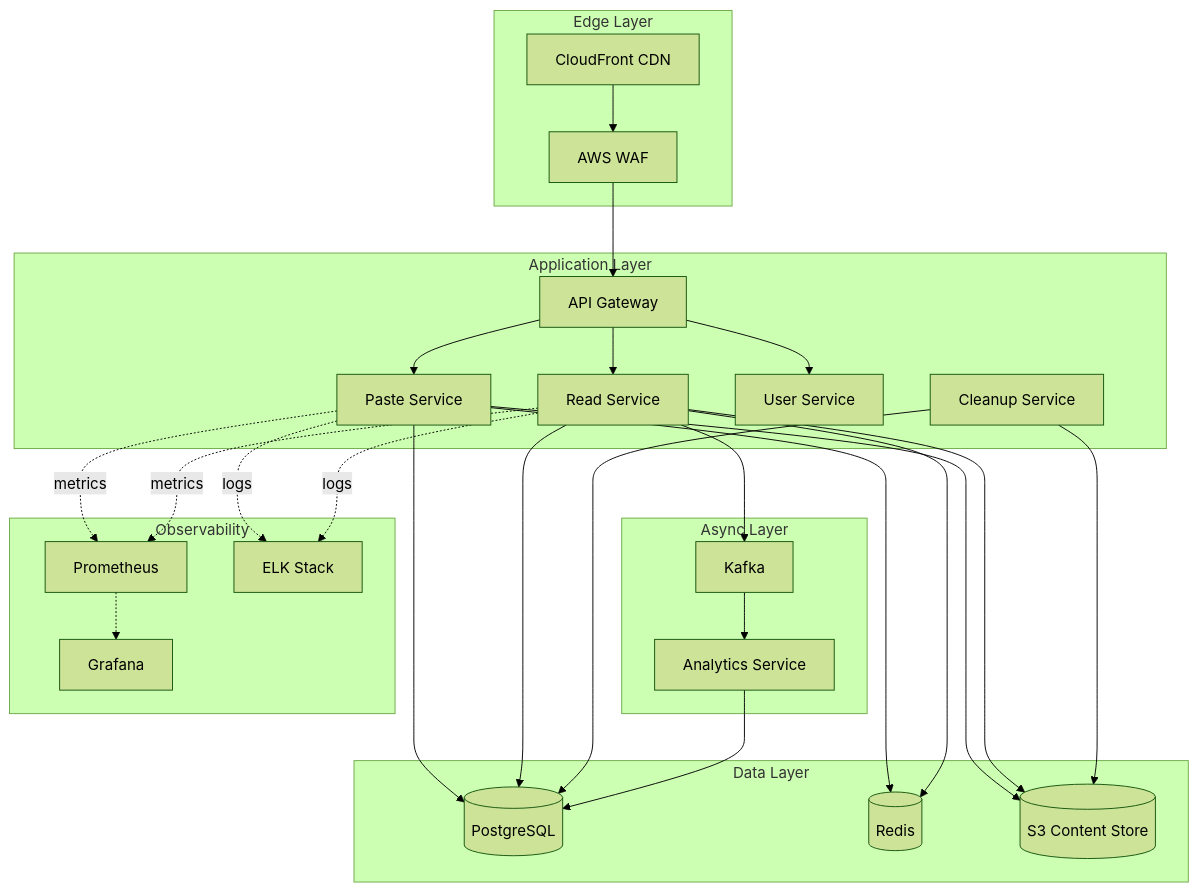
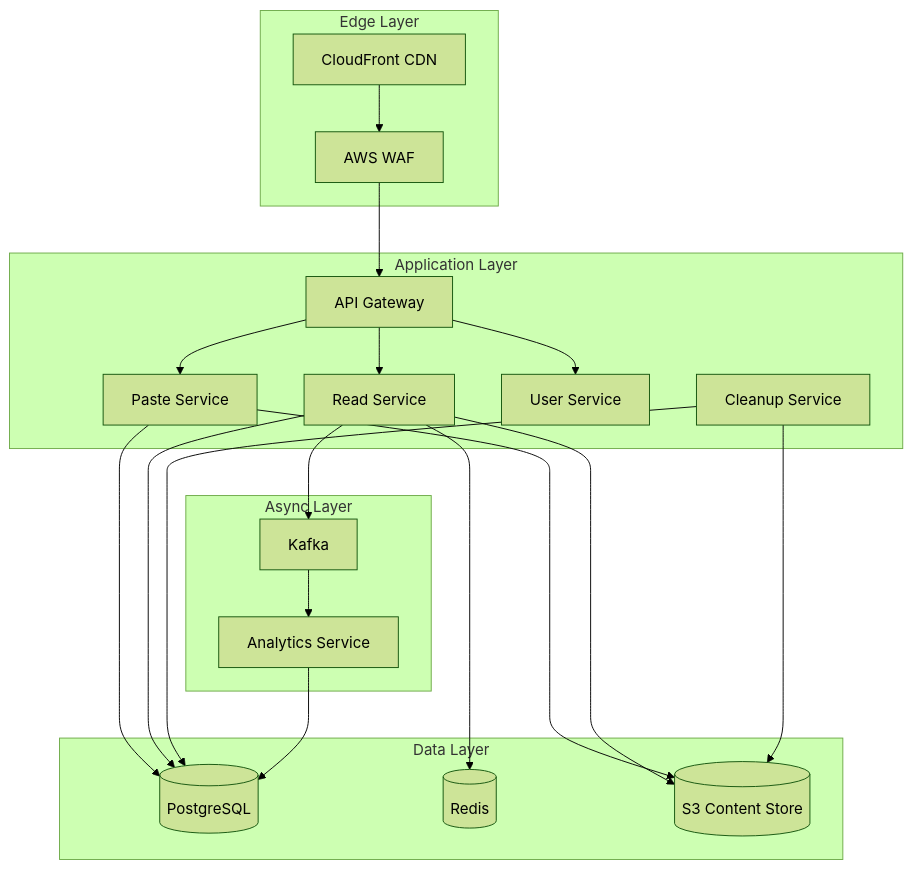
One commit to vanhiep99w/system-design-practice changed the first of 6 diagrams in paste-bin.md. Above: the diagram before and after it, drawn with Mermaid (forest theme). The commit also changed other lines of this file, not shown here.

````diff
--- a/paste-bin.md
+++ b/paste-bin.md
@@ -234,54 +237,41 @@
 ```mermaid
 flowchart TB
     subgraph Edge["Edge Layer"]
         CDN[CloudFront CDN]
         WAF[AWS WAF]
     end
 
     subgraph Application["Application Layer"]
         GW[API Gateway]
         PS[Paste Service]
         RS[Read Service]
         US[User Service]
         CS[Cleanup Service]
     end
 
     subgraph Data["Data Layer"]
         DB[(PostgreSQL)]
         CACHE[(Redis)]
         S3[(S3 Content Store)]
     end
 
     subgraph Async["Async Layer"]
         KAFKA[Kafka]
         ANALYTICS[Analytics Service]
     end
 
-    subgraph Observability["Observability"]
-        PROM[Prometheus]
-        GRAF[Grafana]
-        ELK[ELK Stack]
-    end
-
     CDN --> WAF --> GW
     GW --> PS
     GW --> RS
     GW --> US
     PS --> DB
     PS --> S3
-    PS --> CACHE
     RS --> CACHE
     RS --> DB
     RS --> S3
     RS --> KAFKA
     CS --> DB
     CS --> S3
     KAFKA --> ANALYTICS
     ANALYTICS --> DB
-
-    PS -.metrics.-> PROM
-    RS -.metrics.-> PROM
-    PROM -.-> GRAF
-    PS -.logs.-> ELK
-    RS -.logs.-> ELK
 ```
````
